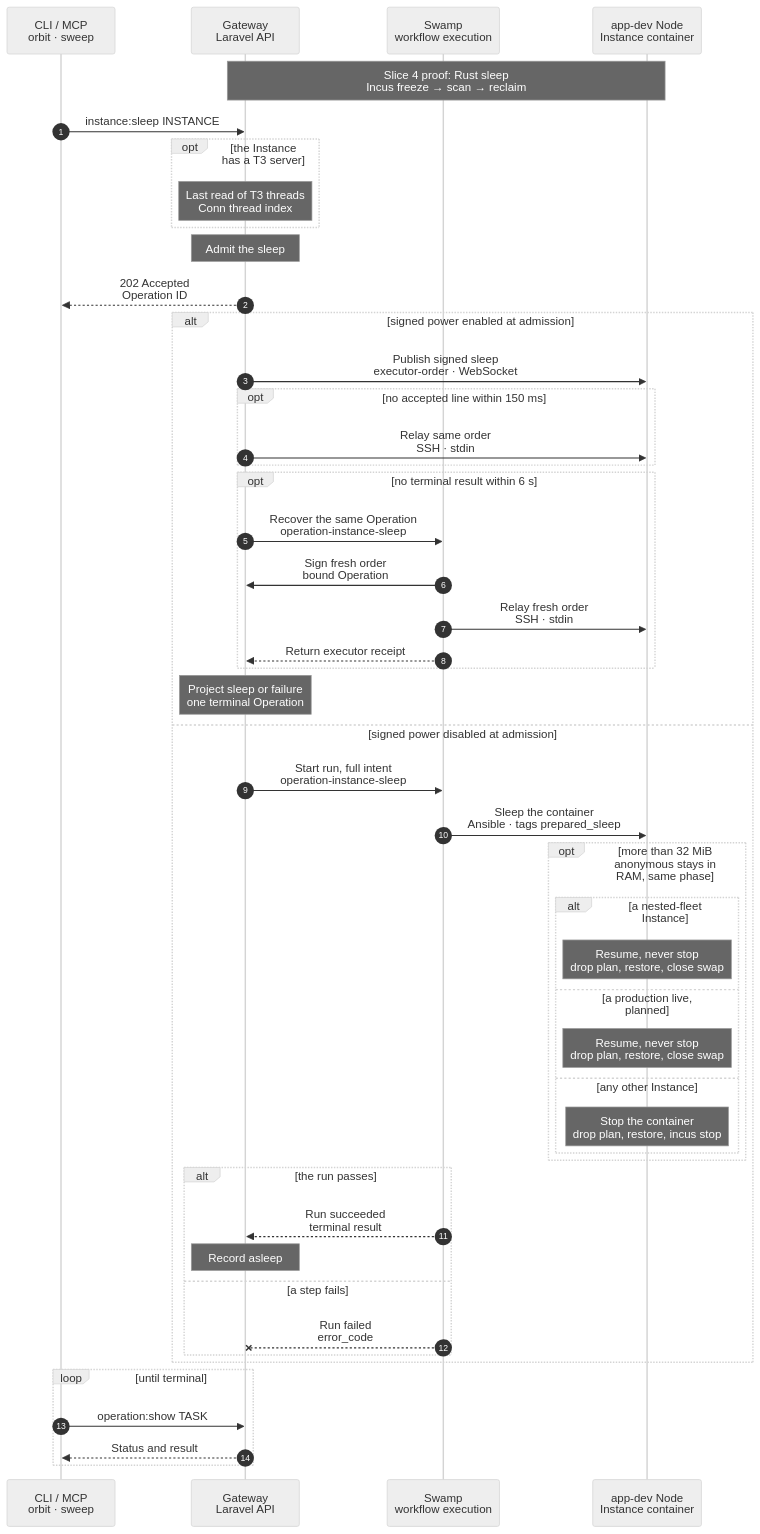
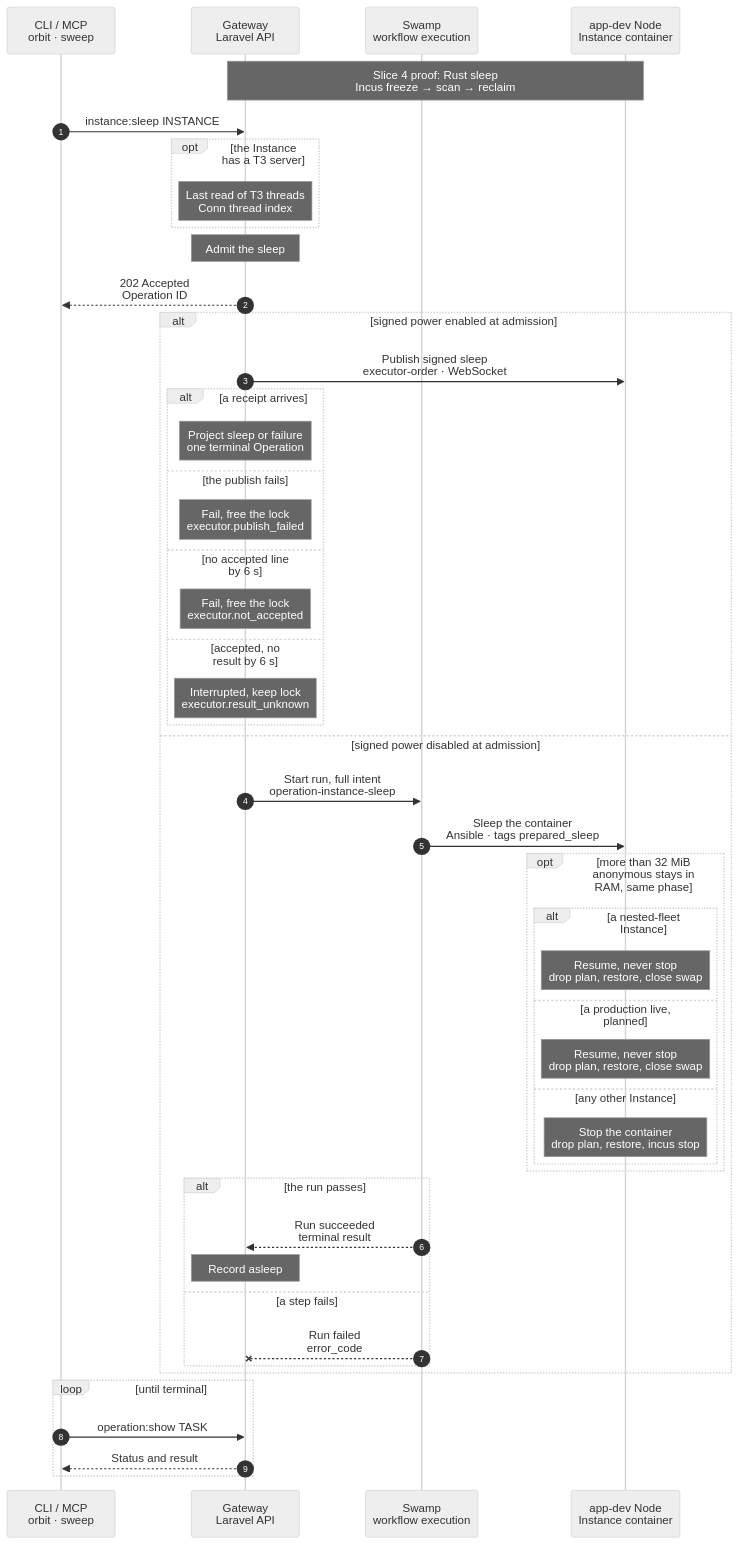
Before and after one commit to hardimpactdev/orbit: the diagram in docs/cli/instance/sleep.mmd, drawn with Mermaid (neutral theme). The commit also changed 12 other files, not shown here.

First line of the commit message:
Document signed sleep and wake without the SSH relay fallback

```diff
--- a/docs/cli/instance/sleep.mmd
+++ b/docs/cli/instance/sleep.mmd
@@ -3,7 +3,7 @@
   %% status: draft
   %% command: instance:sleep
   %% kind: instance.sleep
-  %% ADR 0266 slice 7: ordinary sleep and the idle sweep share one admitted Operation and one signed action.
+  %% ADR 0266: ordinary sleep and the idle sweep share one admitted Operation and one signed action, delivered only over the WebSocket.
   %% Executor sleep: record and fsync non-max subtree swap limits, open them, freeze through Incus local API, scan every process in parallel (readable mappings, pagemap bits 63 OR 62, excluding bit 58 guard markers), atomically fsync the plan, reclaim until memory.current settles or 2 s, apply the 32 MiB anonymous policy, write the asleep marker. Recovery keeps an existing valid plan. Discard removes plan and limits after stop/fresh boot; destroy deletes the Rust state folder without an order (signed destroy: task 5891).
   autonumber
   %% lane CLI icon=terminal pill=caller tone=gray
@@ -53,21 +53,26 @@
     GW->>N: Publish signed sleep<br/>executor-order · WebSocket
     %%> - Check the loaded Caddy rule before any freeze and put up the marker before the app stops answering. Without a published Route there is no site to check.
     %%> - The executor owns freeze, capture, swap and the final marker. If sleep fails after the freeze, it reports the incomplete sleep and keeps the state for the same engine to wake. It never stops a nested fleet.
-    opt no accepted line within 150 ms
-      GW->>N: Relay same order<br/>SSH · stdin
+    %%> - The WebSocket is the only delivery; the Gateway publishes once, never relays the order over SSH, and starts no Swamp run.
+    alt a receipt arrives
+      Note over GW: Project sleep or failure<br/>one terminal Operation
+      %%> - A known refusal or failure does not record asleep. Repeated deliveries return the first result without freezing twice.
+      %%> - R1: a recorded `done` receipt is the sleep's outcome even when a later transport fails; the Operation succeeds and records asleep
+      %%> - R3: the freezing engine owns the freeze; a cancelled or failed later sleep does not hand it to the other engine
+      %%> - More than 32 MiB of anonymous RAM after reclaim takes the same stop rule as Python for a plain container. Report `sleep: stopped`, `prepared_restore: skipped`, reason `stopped` and the residual counters. The CLI says the next wake boots without restoring memory.
+    else the publish fails
+      %% path: publish-failed
+      Note over GW: Fail, free the lock<br/>executor.publish_failed
+      %%> - No Node received the order; the Operation fails at once.
+    else no accepted line by 6 s
+      %% path: not-accepted
+      Note over GW: Fail, free the lock<br/>executor.not_accepted
+      %%> - The order expired 5 s after signing, so it can act on no Node; nothing holds the fence (R2).
+    else accepted, no result by 6 s
+      %% path: result-unknown
+      Note over GW: Interrupted, keep lock<br/>executor.result_unknown
+      %%> - R2: the executor may have frozen the container, so the Instance lock stays and cancel is refused until a late receipt settles the Operation.
     end
-    opt no terminal result within 6 s
-      GW->>SW: Recover the same Operation<br/>operation-instance-sleep
-      SW->>GW: Sign fresh order<br/>bound Operation
-      SW->>N: Relay fresh order<br/>SSH · stdin
-      SW-->>GW: Return executor receipt
-    end
-    Note over GW: Project sleep or failure<br/>one terminal Operation
-    %%> - A known refusal or failure does not start recovery or record asleep. Repeated deliveries return the first result without freezing twice.
-    %%> - R1: a recorded `done` receipt is the sleep's outcome even when a later relay or Swamp transport fails; the Operation succeeds and records asleep
-    %%> - R2: a signed order with no receipt ends interrupted, `executor.result_unknown`, with the lock held
-    %%> - R3: the freezing engine owns the freeze; a cancelled or failed later sleep does not hand it to the other engine
-    %%> - More than 32 MiB of anonymous RAM after reclaim takes the same stop rule as Python for a plain container. Report `sleep: stopped`, `prepared_restore: skipped`, reason `stopped` and the residual counters. The CLI says the next wake boots without restoring memory.
   else signed power disabled at admission
   GW->>SW: Start run, full intent<br/>operation-instance-sleep
   SW->>N: Sleep the container<br/>Ansible · tags prepared_sleep
```
